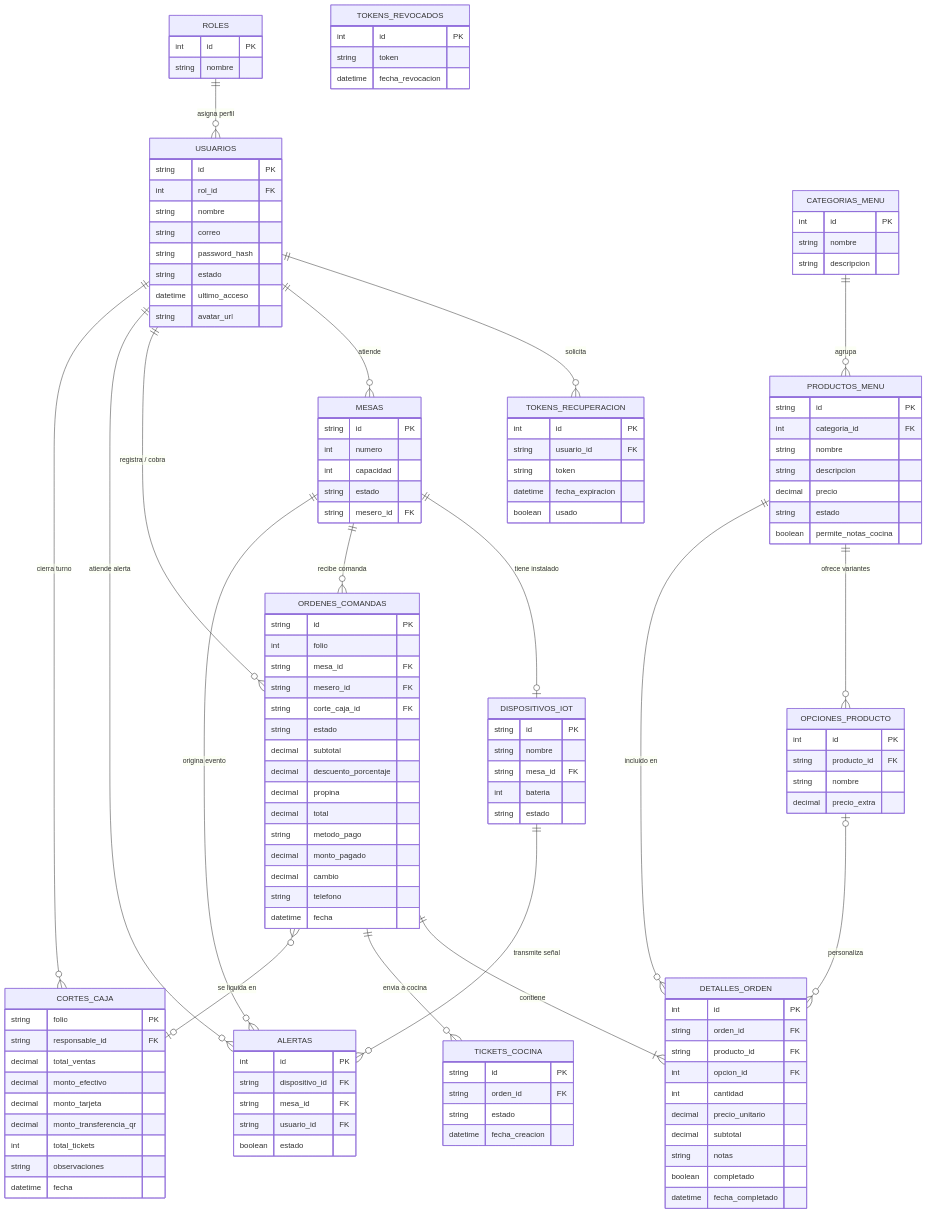
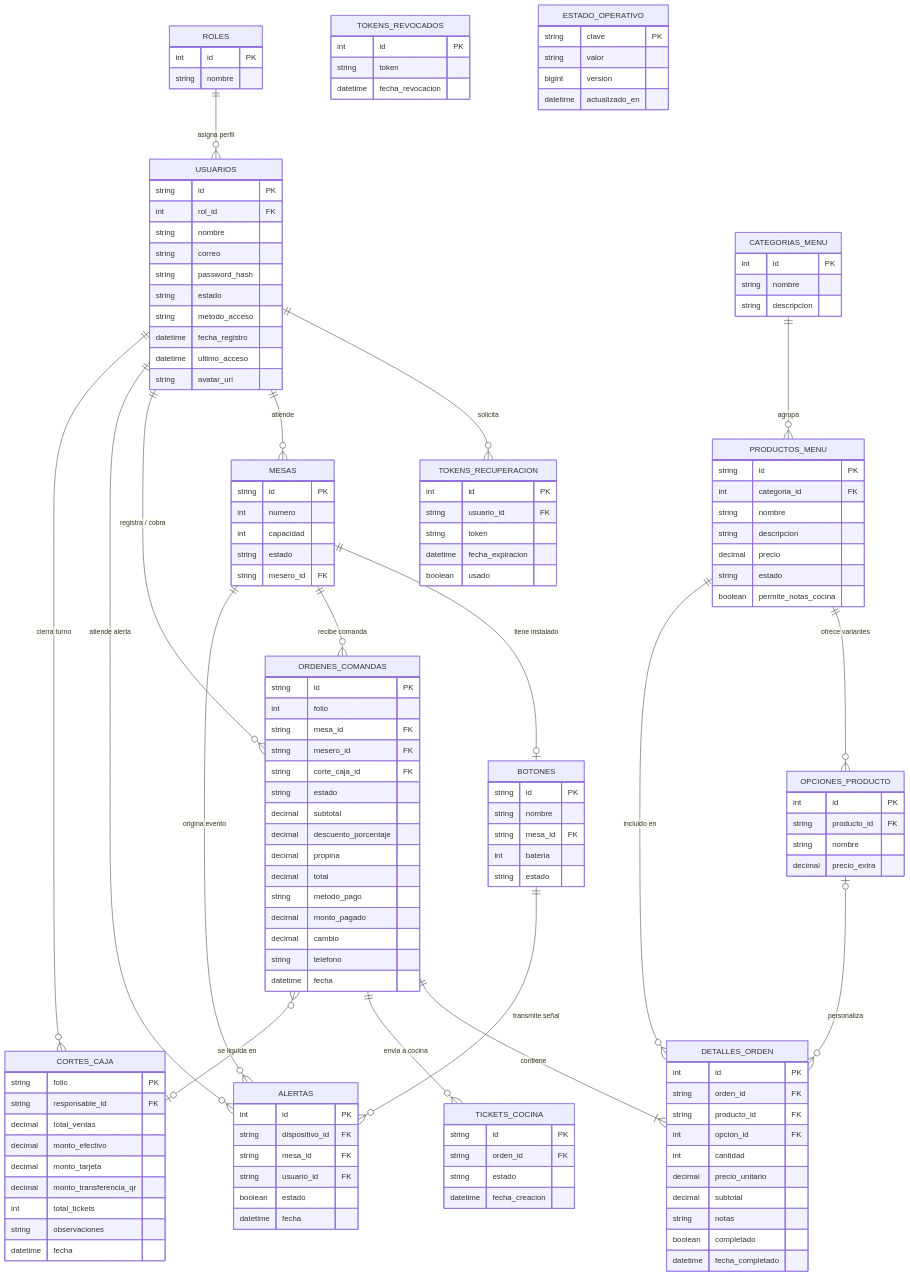
One commit to sarailunacenobio05-cpu/Hola_Cafe changed the diagram in README.md. Above: the diagram before and after it, drawn with Mermaid. The commit also changed other lines of this file and 4 other files, not shown here.

Commit message:
Actualizar README, diagrama ER y capturas de pantalla

```diff
--- a/README.md
+++ b/README.md
@@ -52,6 +51,8 @@
         string correo
         string password_hash
         string estado
+        string metodo_acceso
+        datetime fecha_registro
         datetime ultimo_acceso
         string avatar_url
     }
@@ -78,7 +79,7 @@
         string mesero_id FK
     }
 
-    DISPOSITIVOS_IOT {
+    BOTONES {
         string id PK
         string nombre
         string mesa_id FK
@@ -92,6 +93,7 @@
         string mesa_id FK
         string usuario_id FK
         boolean estado
+        datetime fecha
     }
 
     CATEGORIAS_MENU {
@@ -167,6 +169,13 @@
         datetime fecha
     }
 
+    ESTADO_OPERATIVO {
+        string clave PK
+        string valor
+        bigint version
+        datetime actualizado_en
+    }
+
     ROLES ||--o{ USUARIOS : "asigna perfil"
     USUARIOS ||--o{ TOKENS_RECUPERACION : "solicita"
 
@@ -175,11 +184,11 @@
     USUARIOS ||--o{ ALERTAS : "atiende alerta"
     USUARIOS ||--o{ CORTES_CAJA : "cierra turno"
 
-    MESAS ||--o| DISPOSITIVOS_IOT : "tiene instalado"
+    MESAS ||--o| BOTONES : "tiene instalado"
     MESAS ||--o{ ORDENES_COMANDAS : "recibe comanda"
     MESAS ||--o{ ALERTAS : "origina evento"
 
-    DISPOSITIVOS_IOT ||--o{ ALERTAS : "transmite señal"
+    BOTONES ||--o{ ALERTAS : "transmite señal"
 
     CATEGORIAS_MENU ||--o{ PRODUCTOS_MENU : "agrupa"
     PRODUCTOS_MENU ||--o{ OPCIONES_PRODUCTO : "ofrece variantes"
```
